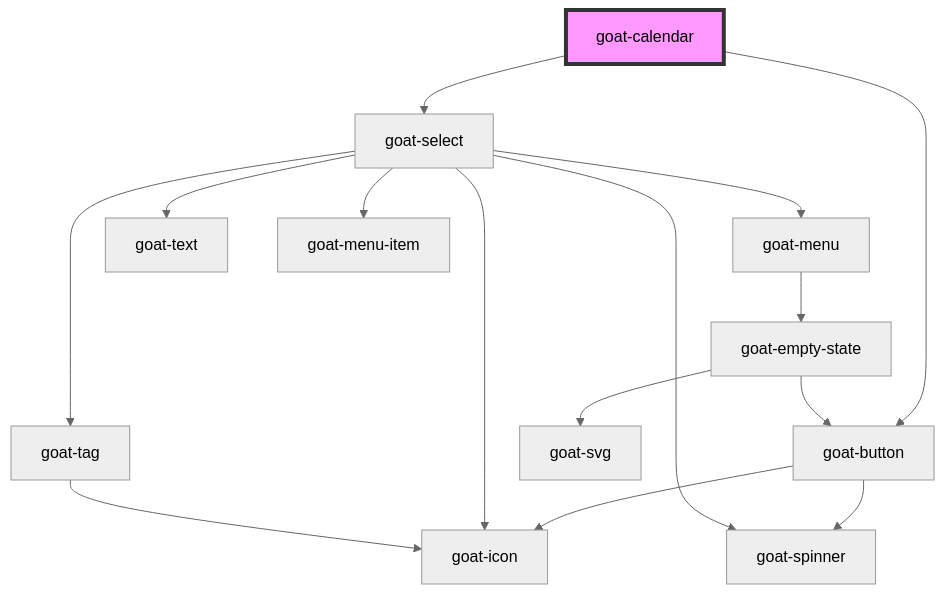
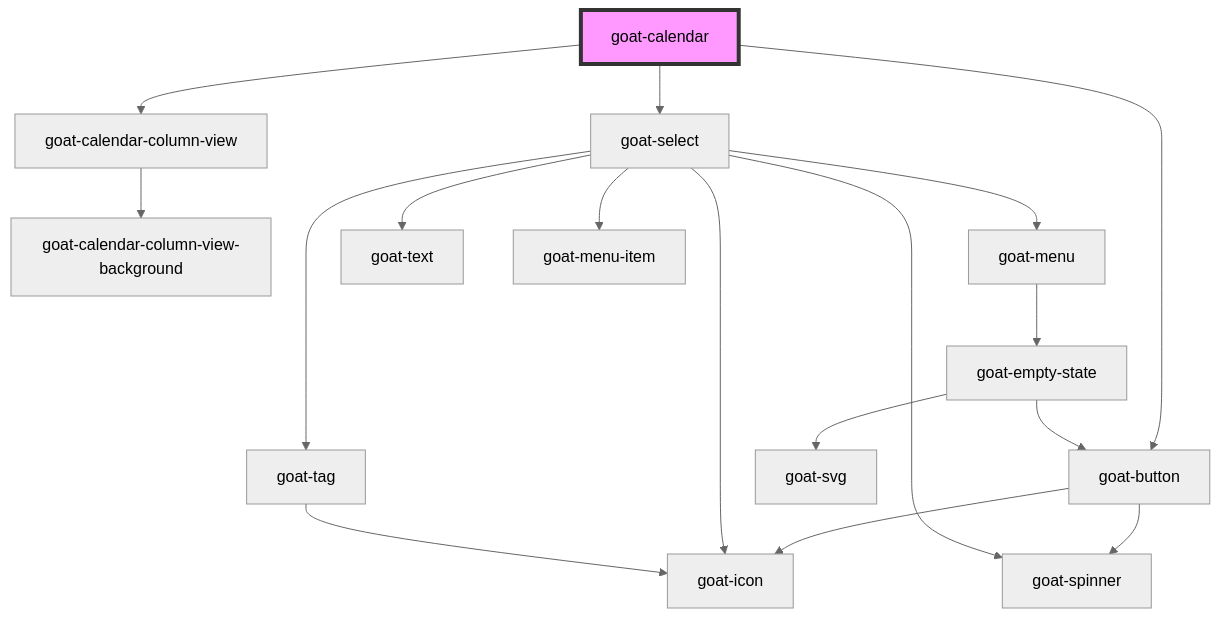
The diagram in src/components/calendar/calendar/readme.md (goatui/components), drawn with Mermaid (neutral theme) before and after one commit. The commit also changed other lines of this file and 7 other files, not shown here.

````diff
--- a/src/components/calendar/calendar/readme.md
+++ b/src/components/calendar/calendar/readme.md
@@ -28,18 +29,20 @@
 ```mermaid
 graph TD;
+  goat-calendar --> goat-calendar-column-view
   goat-calendar --> goat-button
   goat-calendar --> goat-select
+  goat-calendar-column-view --> goat-calendar-column-view-background
   goat-button --> goat-icon
   goat-button --> goat-spinner
   goat-select --> goat-tag
   goat-select --> goat-icon
   goat-select --> goat-spinner
   goat-select --> goat-menu
   goat-select --> goat-text
   goat-select --> goat-menu-item
   goat-tag --> goat-icon
   goat-menu --> goat-empty-state
   goat-empty-state --> goat-svg
   goat-empty-state --> goat-button
   style goat-calendar fill:#f9f,stroke:#333,stroke-width:4px
 ```
````
